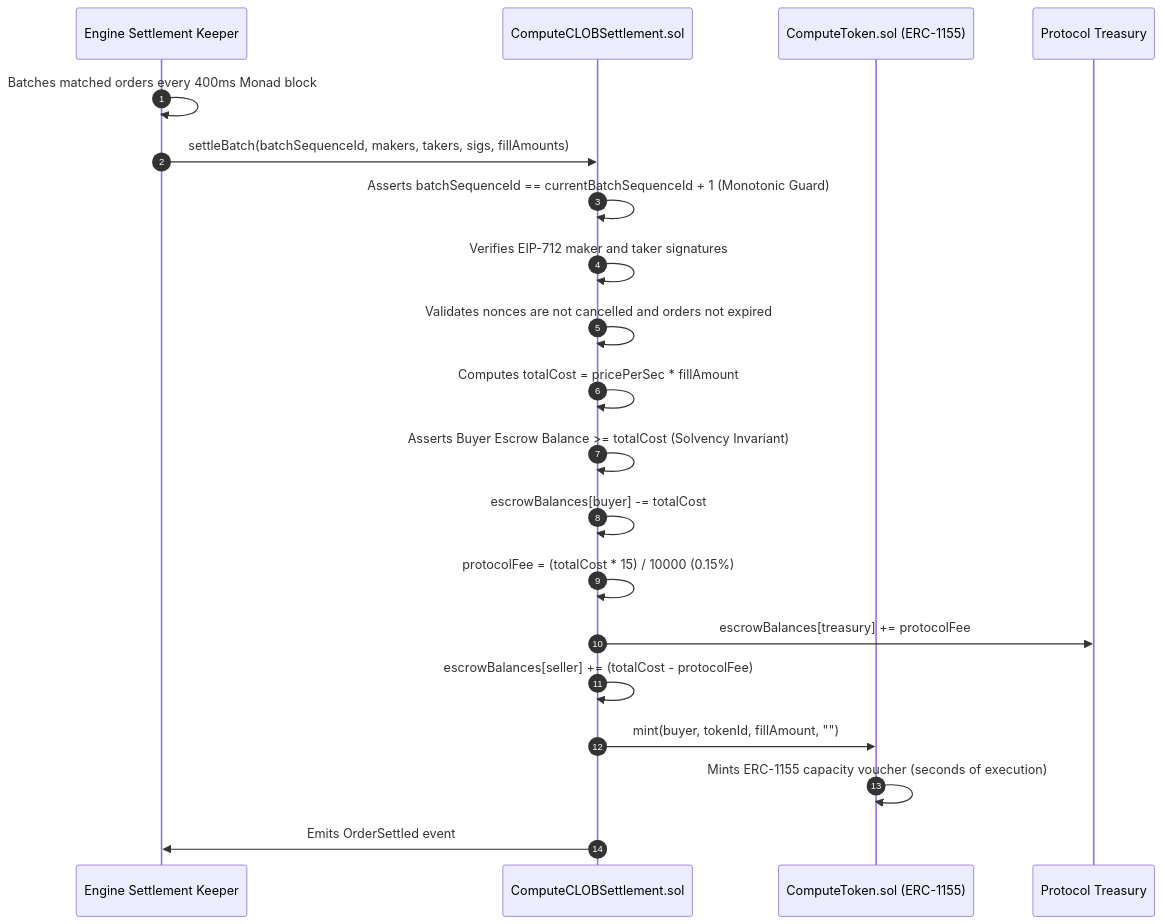
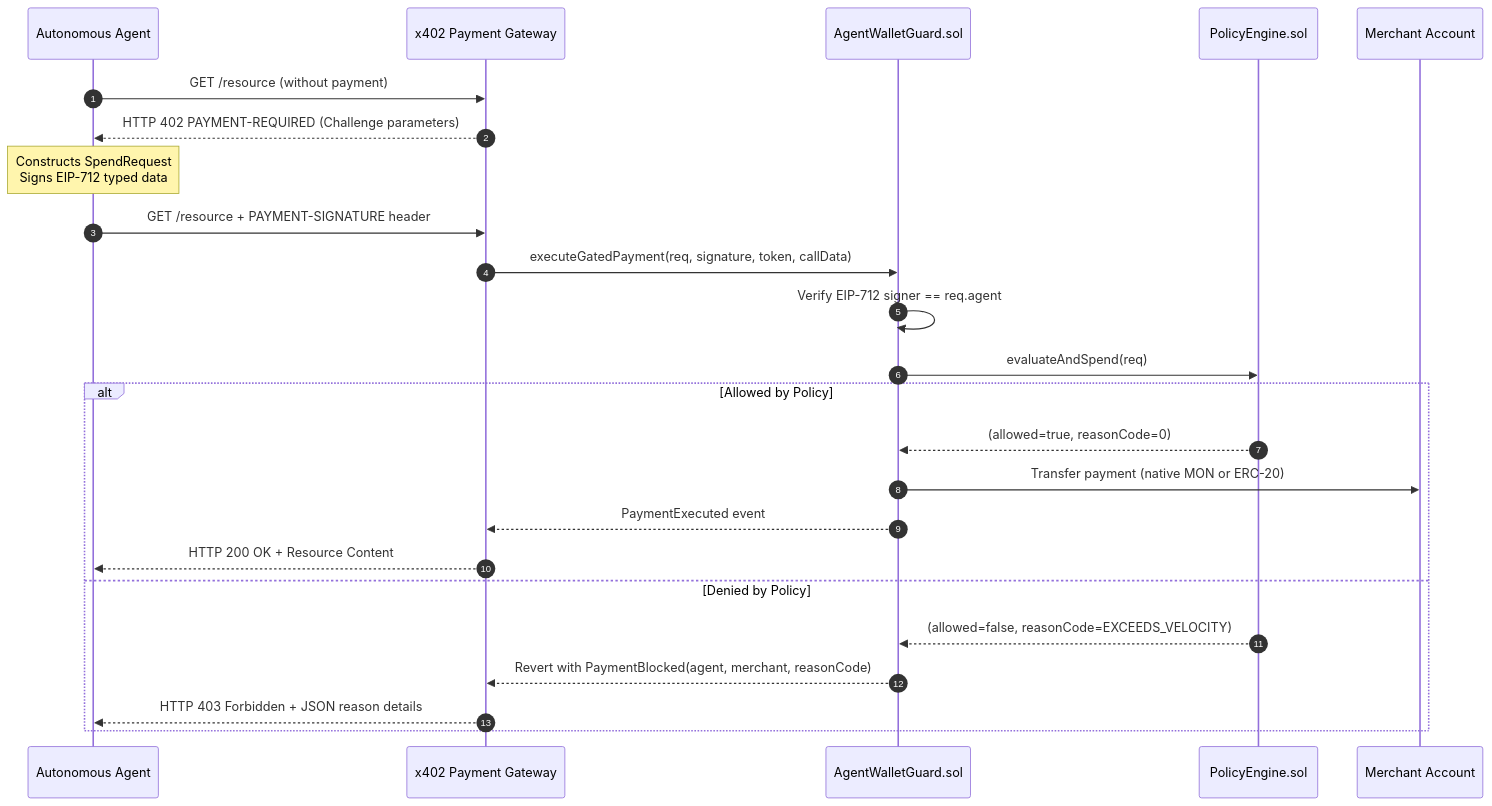
The second of 3 diagrams in docs/SYSTEM_FLOWS.md (klyran-labs/metropolis), drawn with Mermaid before and after one commit. The commit also changed other lines of this file and 20 other files, not shown here.

````diff
--- a/docs/SYSTEM_FLOWS.md
+++ b/docs/SYSTEM_FLOWS.md
@@ -96,25 +27,27 @@
 ```mermaid
 sequenceDiagram
     autonumber
-    participant Engine as Engine Settlement Keeper
-    participant Monad as ComputeCLOBSettlement.sol
-    participant Token as ComputeToken.sol (ERC-1155)
-    participant Treasury as Protocol Treasury
-
-    Engine->>Engine: Batches matched orders every 400ms Monad block
-    Engine->>Monad: settleBatch(batchSequenceId, makers, takers, sigs, fillAmounts)
-    Monad->>Monad: Asserts batchSequenceId == currentBatchSequenceId + 1 (Monotonic Guard)
-    Monad->>Monad: Verifies EIP-712 maker and taker signatures
-    Monad->>Monad: Validates nonces are not cancelled and orders not expired
-    Monad->>Monad: Computes totalCost = pricePerSec * fillAmount
-
-    Monad->>Monad: Asserts Buyer Escrow Balance >= totalCost (Solvency Invariant)
-    Monad->>Monad: escrowBalances[buyer] -= totalCost
-    Monad->>Monad: protocolFee = (totalCost * 15) / 10000 (0.15%)
-    Monad->>Treasury: escrowBalances[treasury] += protocolFee
-    Monad->>Monad: escrowBalances[seller] += (totalCost - protocolFee)
-
-    Monad->>Token: mint(buyer, tokenId, fillAmount, "")
-    Token->>Token: Mints ERC-1155 capacity voucher (seconds of execution)
-    Monad->>Engine: Emits OrderSettled event
+    participant Agent as Autonomous Agent
+    participant GW as x402 Payment Gateway
+    participant Guard as AgentWalletGuard.sol
+    participant PE as PolicyEngine.sol
+    participant Merchant as Merchant Account
+    
+    Agent->>GW: GET /resource (without payment)
+    GW-->>Agent: HTTP 402 PAYMENT-REQUIRED (Challenge parameters)
+    Note over Agent: Constructs SpendRequest<br/>Signs EIP-712 typed data
+    Agent->>GW: GET /resource + PAYMENT-SIGNATURE header
+    GW->>Guard: executeGatedPayment(req, signature, token, callData)
+    Guard->>Guard: Verify EIP-712 signer == req.agent
+    Guard->>PE: evaluateAndSpend(req)
+    alt Allowed by Policy
+        PE-->>Guard: (allowed=true, reasonCode=0)
+        Guard->>Merchant: Transfer payment (native MON or ERC-20)
+        Guard-->>GW: PaymentExecuted event
+        GW-->>Agent: HTTP 200 OK + Resource Content
+    else Denied by Policy
+        PE-->>Guard: (allowed=false, reasonCode=EXCEEDS_VELOCITY)
+        Guard-->>GW: Revert with PaymentBlocked(agent, merchant, reasonCode)
+        GW-->>Agent: HTTP 403 Forbidden + JSON reason details
+    end
 ```
````
